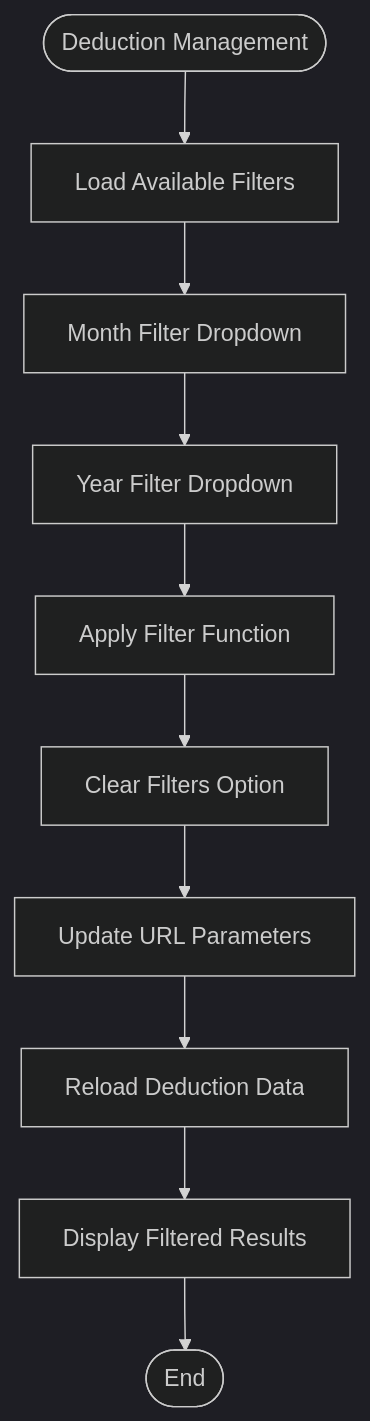
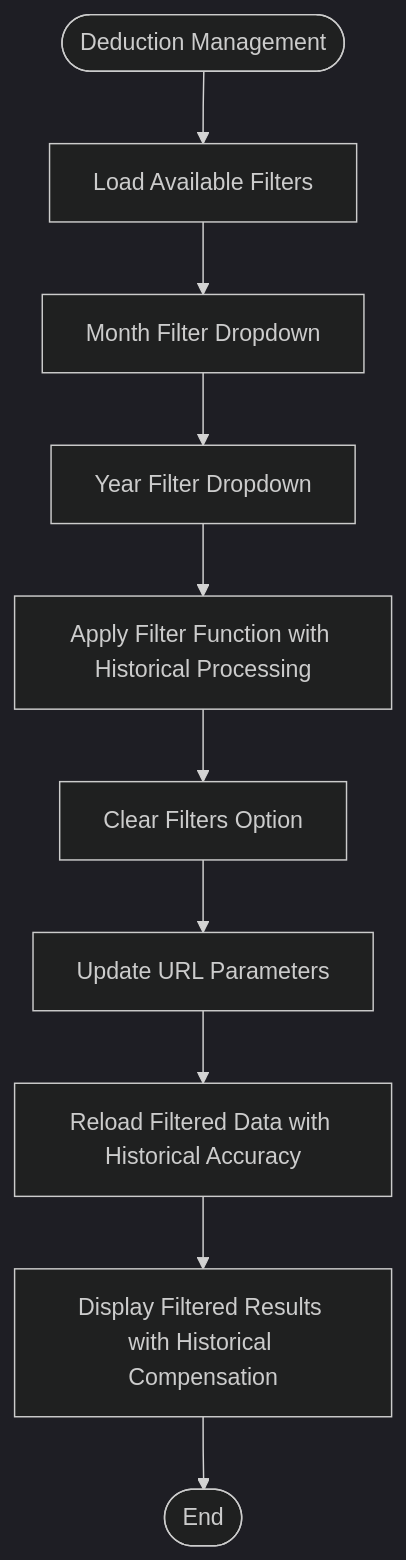
Before and after one commit to vincet0t15/template: diagram 11 of 19 in .qoder/repowiki/en/content/Employee Management/Employee Compensation Management.md, drawn with Mermaid (dark theme). The commit also changed other lines of this file and 11 other files, not shown here.

````diff
--- a/.qoder/repowiki/en/content/Employee Management/Employee Compensation Management.md
+++ b/.qoder/repowiki/en/content/Employee Management/Employee Compensation Management.md
@@ -564,12 +717,12 @@
 ```mermaid
 flowchart TD
 Start([Deduction Management]) --> LoadFilters["Load Available Filters"]
 LoadFilters --> MonthFilter["Month Filter Dropdown"]
 MonthFilter --> YearFilter["Year Filter Dropdown"]
-YearFilter --> ApplyFilters["Apply Filter Function"]
+YearFilter --> ApplyFilters["Apply Filter Function with Historical Processing"]
 ApplyFilters --> ClearFilters["Clear Filters Option"]
 ClearFilters --> UpdateURL["Update URL Parameters"]
-UpdateURL --> ReloadData["Reload Deduction Data"]
-ReloadData --> DisplayResults["Display Filtered Results"]
+UpdateURL --> ReloadData["Reload Filtered Data with Historical Accuracy"]
+ReloadData --> DisplayResults["Display Filtered Results with Historical Compensation"]
 DisplayResults --> End([End])
 ```
````
